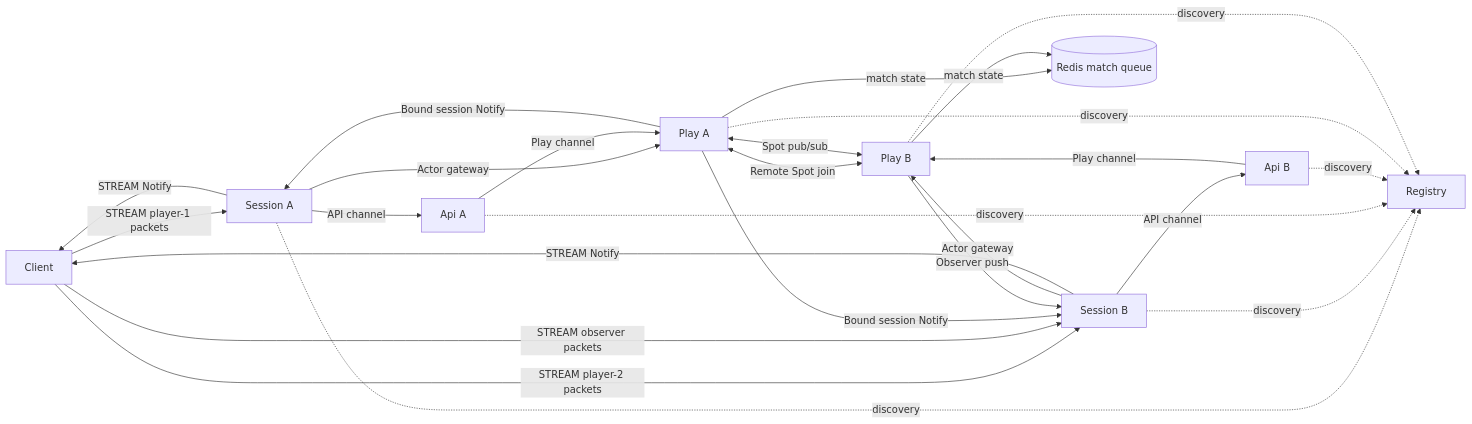
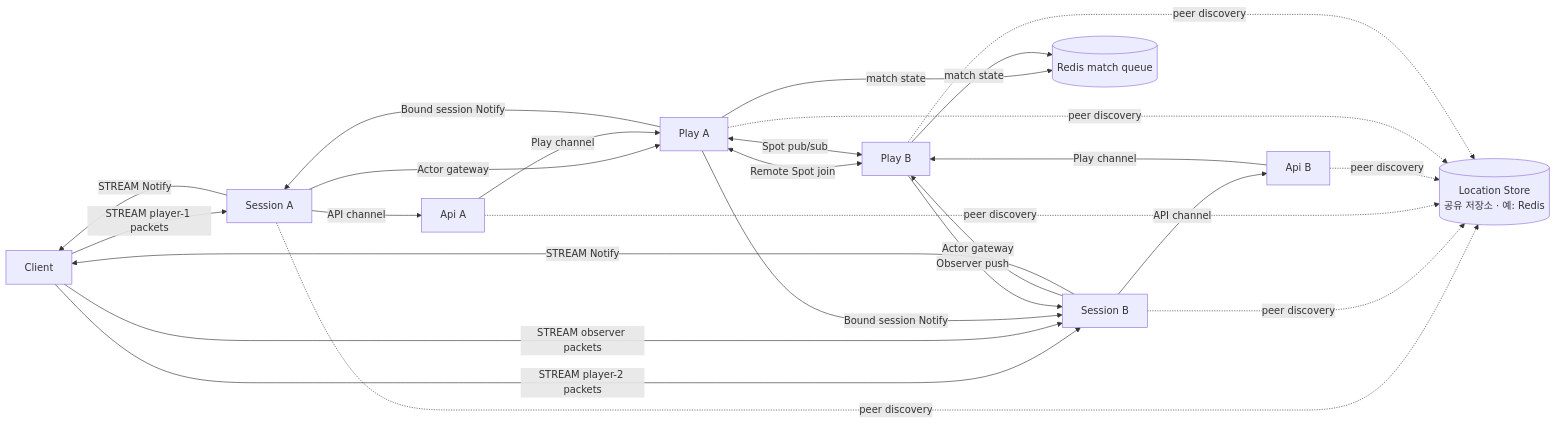
The first of 5 diagrams in framework/doc/framework/common/sample/bingo/README.ko.md (kairos-code-dev/zlink), drawn with Mermaid before and after one commit. The commit also changed other lines of this file and 4 other files, not shown here.

````diff
--- a/framework/doc/framework/common/sample/bingo/README.ko.md
+++ b/framework/doc/framework/common/sample/bingo/README.ko.md
@@ -55,37 +56,37 @@
 ```mermaid
 graph LR
     C[Client]
     SA[Session A]
     SB[Session B]
     APIA[Api A]
     APIB[Api B]
     PA[Play A]
     PB[Play B]
-    R[Registry]
+    LS[("Location Store<br/>공유 저장소 · 예: Redis")]
     REDIS[(Redis match queue)]
 
     C -->|STREAM player-1 packets| SA
     C -->|STREAM player-2 packets| SB
     C -->|STREAM observer packets| SB
     SA -->|API channel| APIA
     SB -->|API channel| APIB
     SA -->|Actor gateway| PA
     SB -->|Actor gateway| PB
     APIA -->|Play channel| PA
     APIB -->|Play channel| PB
     PA <-->|Remote Spot join| PB
     PA <-->|Spot pub/sub| PB
     PA -->|match state| REDIS
     PB -->|match state| REDIS
     PA -->|Bound session Notify| SA
     PA -->|Bound session Notify| SB
     PB -->|Observer push| SB
     SA -->|STREAM Notify| C
     SB -->|STREAM Notify| C
-    SA -. discovery .-> R
-    SB -. discovery .-> R
-    APIA -. discovery .-> R
-    APIB -. discovery .-> R
-    PA -. discovery .-> R
-    PB -. discovery .-> R
+    SA -. peer discovery .-> LS
+    SB -. peer discovery .-> LS
+    APIA -. peer discovery .-> LS
+    APIB -. peer discovery .-> LS
+    PA -. peer discovery .-> LS
+    PB -. peer discovery .-> LS
 ```
````
